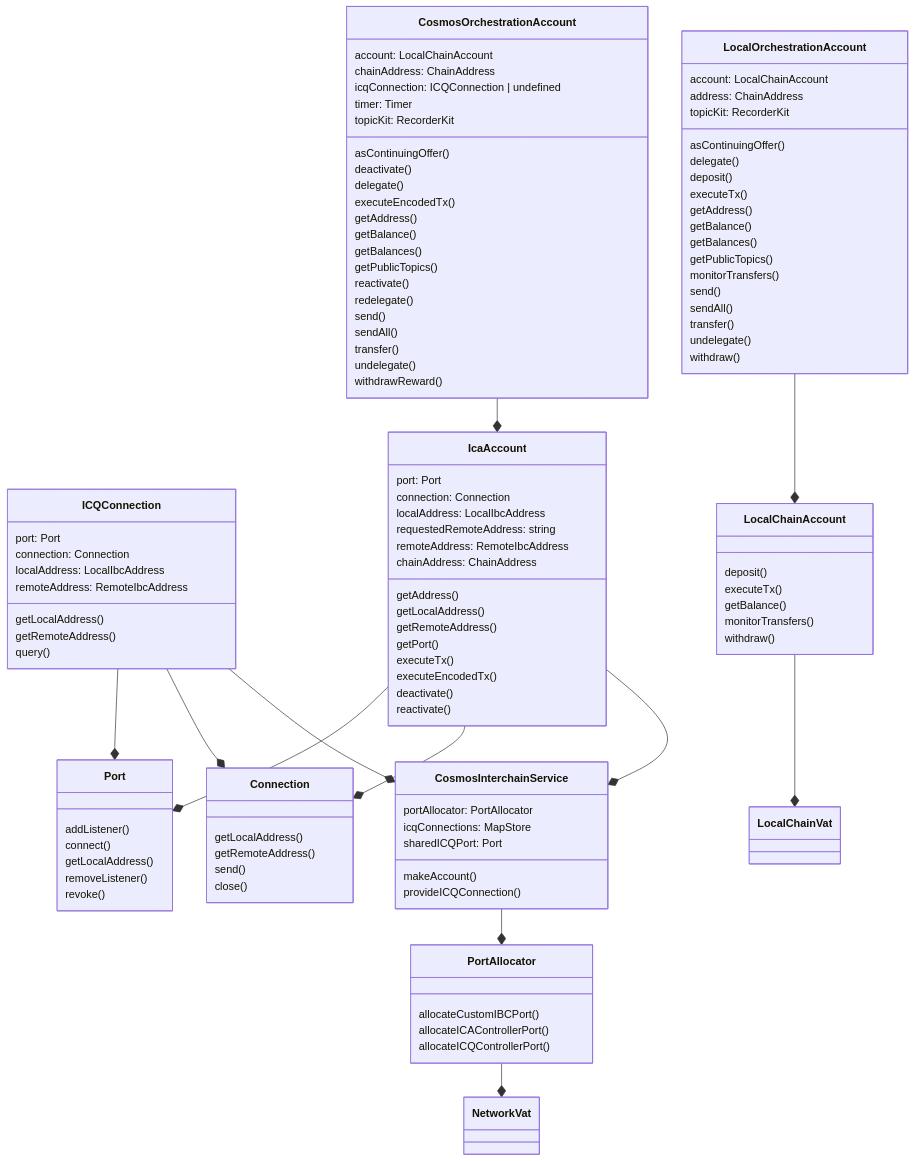
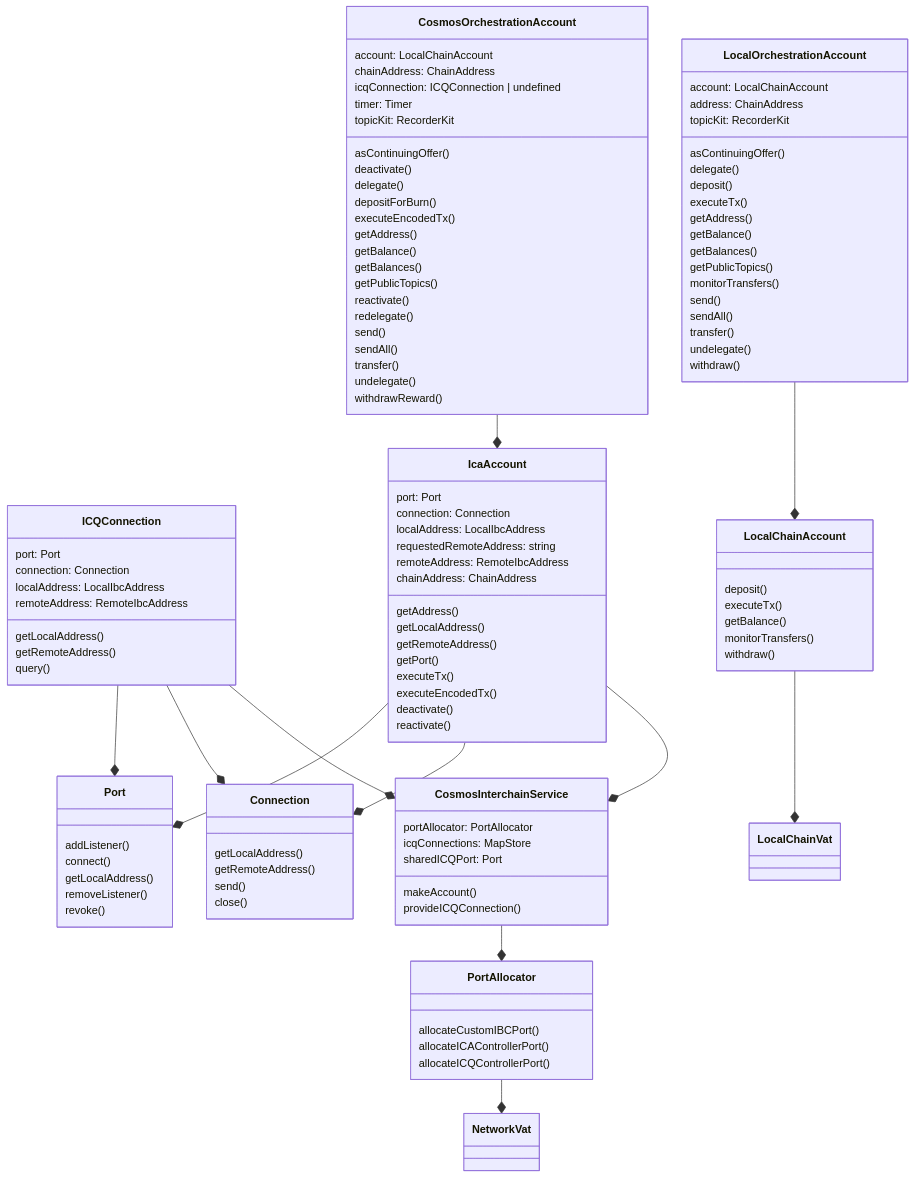
One commit to Agoric/agoric-sdk changed the diagram in packages/orchestration/src/exos/README.md. Above: the diagram before and after it, drawn with Mermaid. The commit also changed 4 other files, not shown here.

Commit message:
test: test depositForBurn via Noble

```diff
--- a/packages/orchestration/src/exos/README.md
+++ b/packages/orchestration/src/exos/README.md
@@ -114,6 +114,7 @@
       asContinuingOffer()
       deactivate()
       delegate()
+      depositForBurn()
       executeEncodedTx()
       getAddress()
       getBalance()
```
